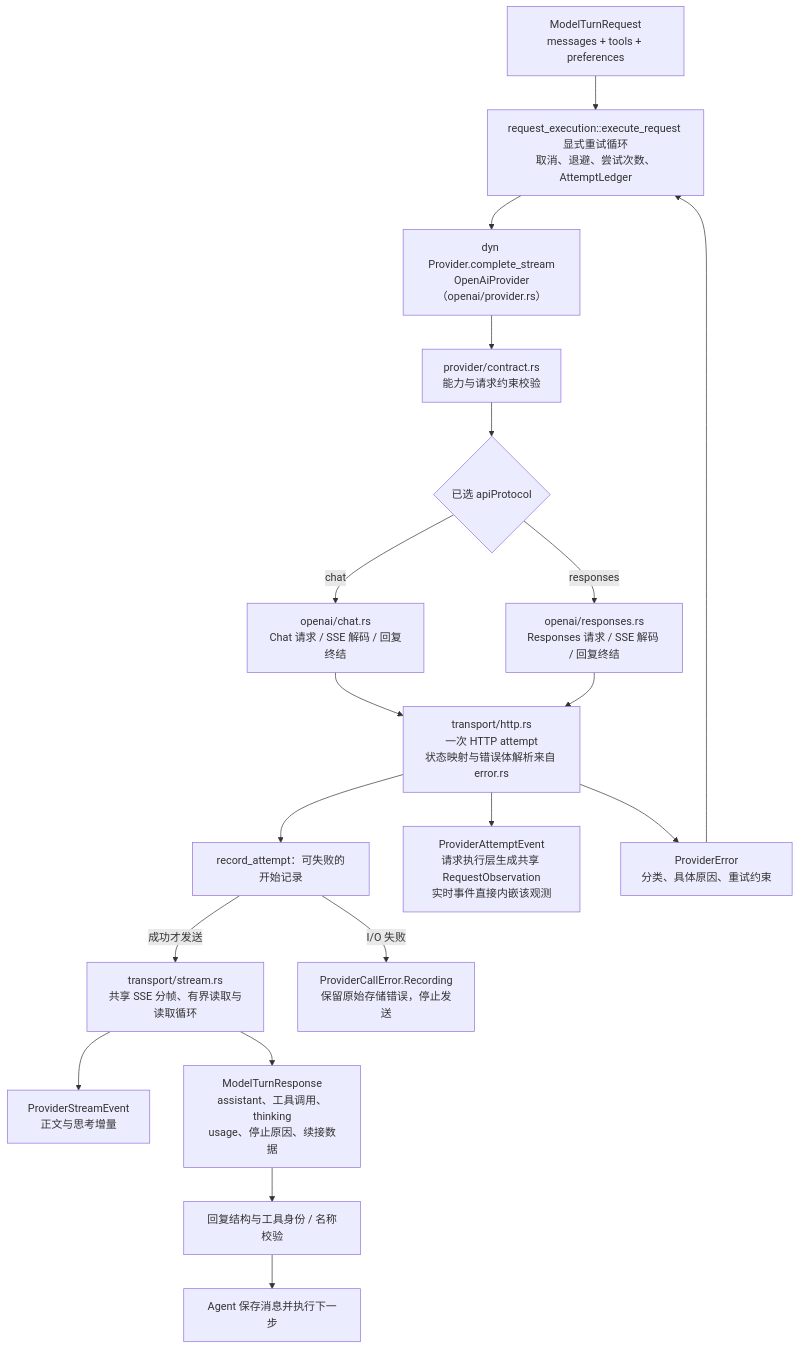
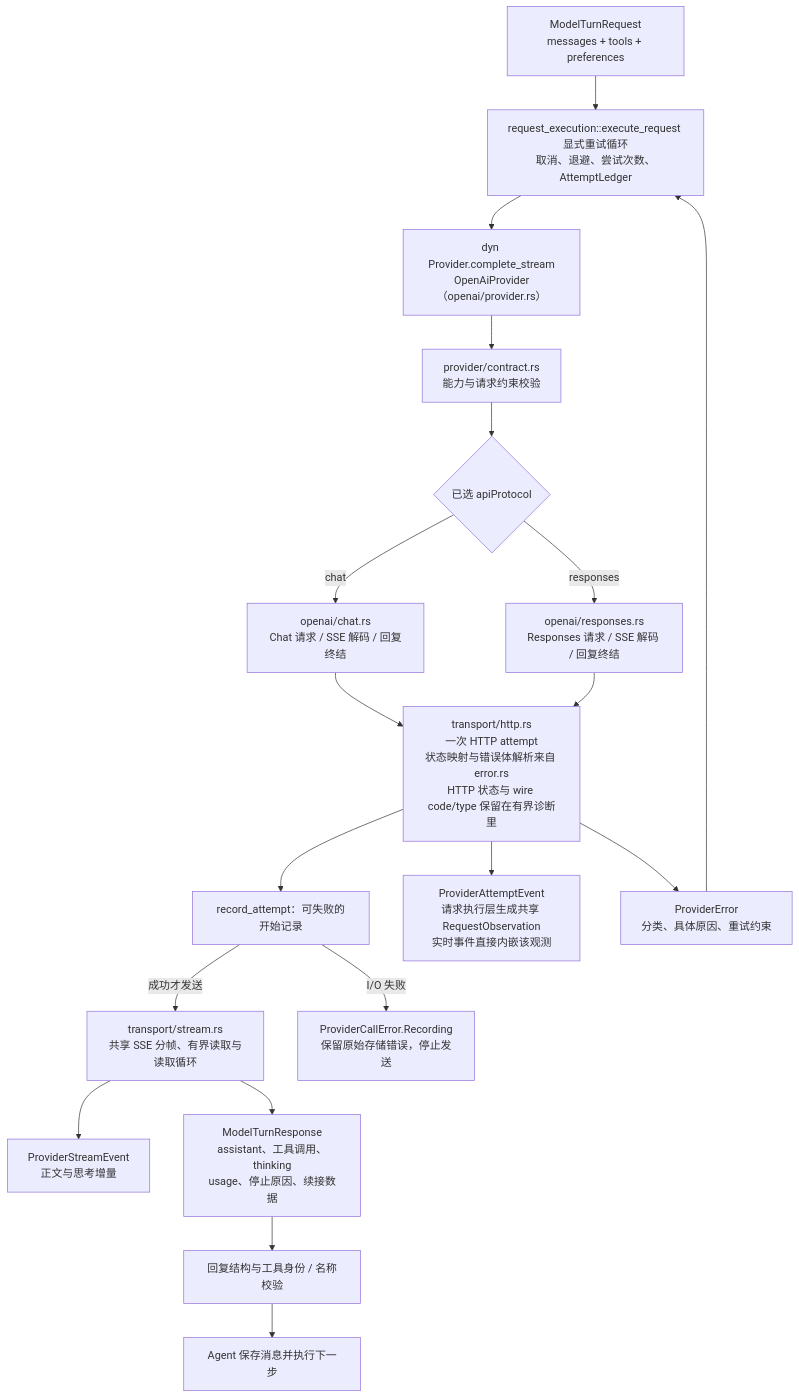
Before and after one commit to qjcnmd/singularity-agent: diagram 19 of 29 in docs/singularity.md, drawn with Mermaid. The commit also changed other lines of this file and 52 other files, not shown here.

````diff
--- a/docs/singularity.md
+++ b/docs/singularity.md
@@ -521,21 +531,21 @@
 ```mermaid
 flowchart TB
     Request["ModelTurnRequest<br/>messages + tools + preferences"] --> Retry["request_execution::execute_request 显式重试循环<br/>取消、退避、尝试次数、AttemptLedger"]
     Retry --> Provider["dyn Provider.complete_stream<br/>OpenAiProvider（openai/provider.rs）"]
     Provider --> Validate["provider/contract.rs<br/>能力与请求约束校验"]
     Validate --> Protocol{"已选 apiProtocol"}
     Protocol -->|"chat"| Chat["openai/chat.rs<br/>Chat 请求 / SSE 解码 / 回复终结"]
     Protocol -->|"responses"| Responses["openai/responses.rs<br/>Responses 请求 / SSE 解码 / 回复终结"]
-    Chat --> Transport["transport/http.rs<br/>一次 HTTP attempt<br/>状态映射与错误体解析来自 error.rs"]
+    Chat --> Transport["transport/http.rs<br/>一次 HTTP attempt<br/>状态映射与错误体解析来自 error.rs<br/>HTTP 状态与 wire code/type 保留在有界诊断里"]
     Responses --> Transport
     Transport --> Record["record_attempt：可失败的开始记录"]
     Record -->|"成功才发送"| SSE["transport/stream.rs<br/>共享 SSE 分帧、有界读取与读取循环"]
     SSE --> Deltas["ProviderStreamEvent<br/>正文与思考增量"]
     Record -->|"I/O 失败"| StorageError["ProviderCallError.Recording<br/>保留原始存储错误，停止发送"]
     Transport --> Attempts["ProviderAttemptEvent<br/>请求执行层生成共享 RequestObservation<br/>实时事件直接内嵌该观测"]
     SSE --> Reply["ModelTurnResponse<br/>assistant、工具调用、thinking<br/>usage、停止原因、续接数据"]
     Reply --> Check["回复结构与工具身份 / 名称校验"]
     Check --> Agent["Agent 保存消息并执行下一步"]
     Transport --> Error["ProviderError<br/>分类、具体原因、重试约束"]
     Error --> Retry
 ```
````
